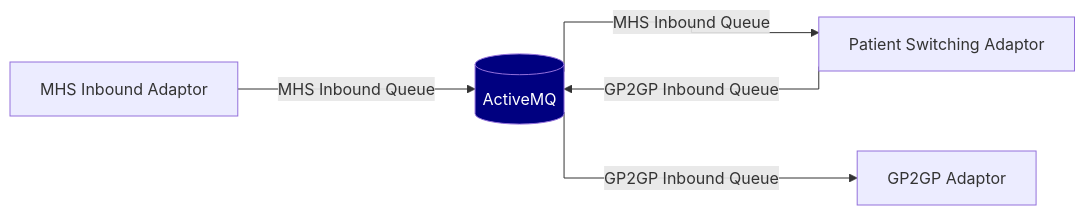
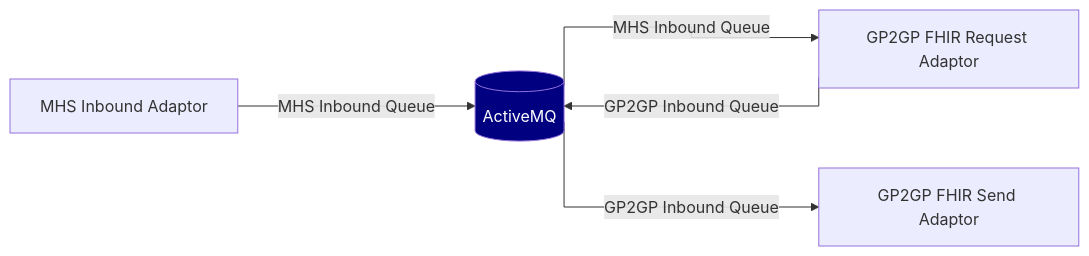
The diagram in OPERATING.md (NHSDigital/nia-patient-switching-standard-adaptor), drawn with Mermaid before and after one commit. The commit also changed other lines of this file and 2 other files, not shown here.

Commit message:
Rename adaptor from patient switching to GP2GP FHIR Request Adaptor (#953)

````diff
--- a/OPERATING.md
+++ b/OPERATING.md
@@ -173,13 +175,13 @@
 ```mermaid
 %%{ init: { 'flowchart': { 'nodeSpacing': 80, 'rankSpacing': 80, 'curve': 'stepBefore' } } }%%
 graph LR
    ActiveMQ[(ActiveMQ)];
    style ActiveMQ fill:#000080,color:#fff
-   PSAdaptor[Patient Switching Adaptor];
-   GP2GPAdaptor[GP2GP Adaptor];
+   RequestingAdaptor[GP2GP FHIR Request Adaptor];
+   SendingAdaptor[GP2GP FHIR Send Adaptor];
    MHSInbound[MHS Inbound Adaptor];
-   ActiveMQ -- MHS Inbound Queue --> PSAdaptor
-   PSAdaptor -- GP2GP Inbound Queue --> ActiveMQ
-   ActiveMQ -- GP2GP Inbound Queue --> GP2GPAdaptor
+   ActiveMQ -- MHS Inbound Queue --> RequestingAdaptor
+   RequestingAdaptor -- GP2GP Inbound Queue --> ActiveMQ
+   ActiveMQ -- GP2GP Inbound Queue --> SendingAdaptor
    MHSInbound -- MHS Inbound Queue --> ActiveMQ
 ```
````
